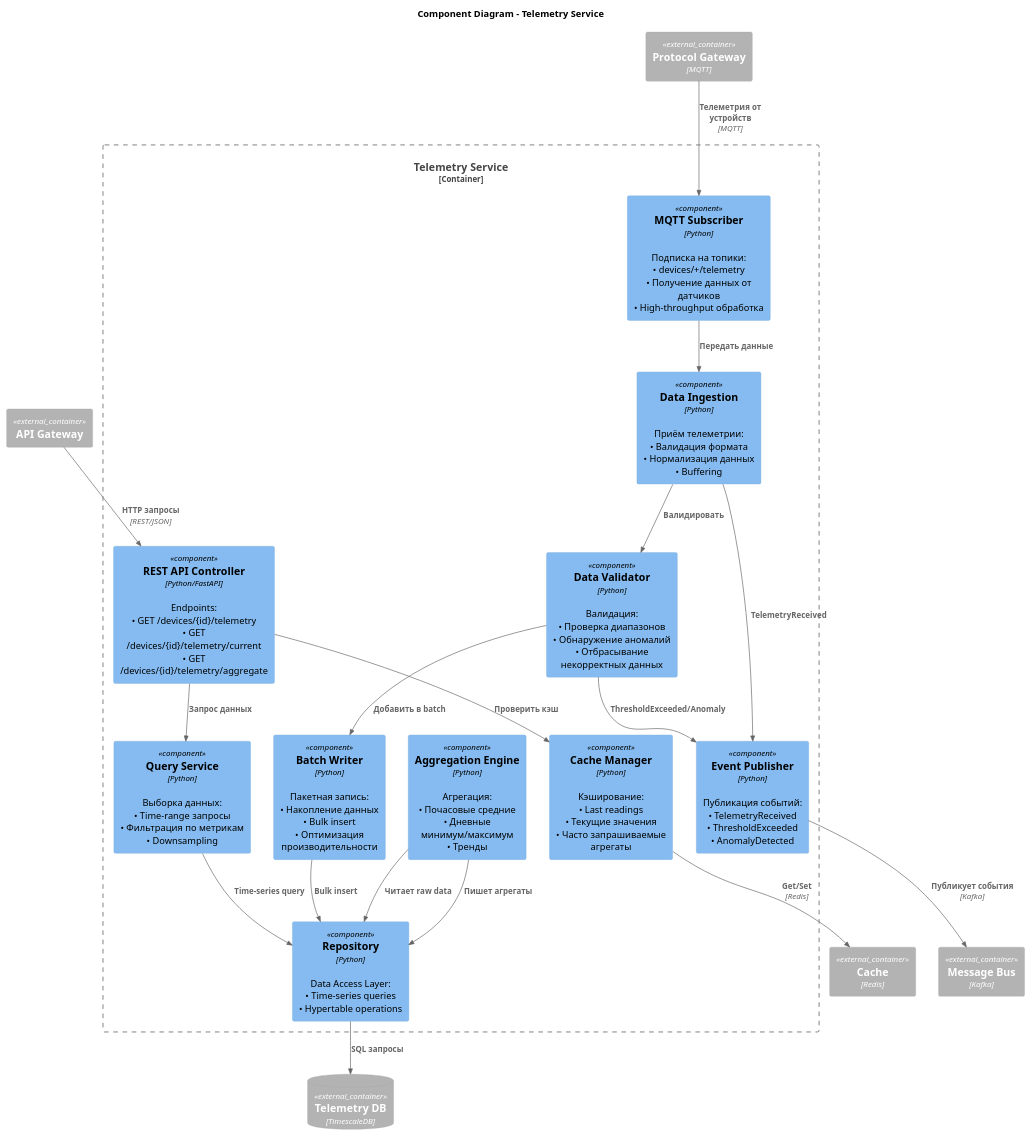
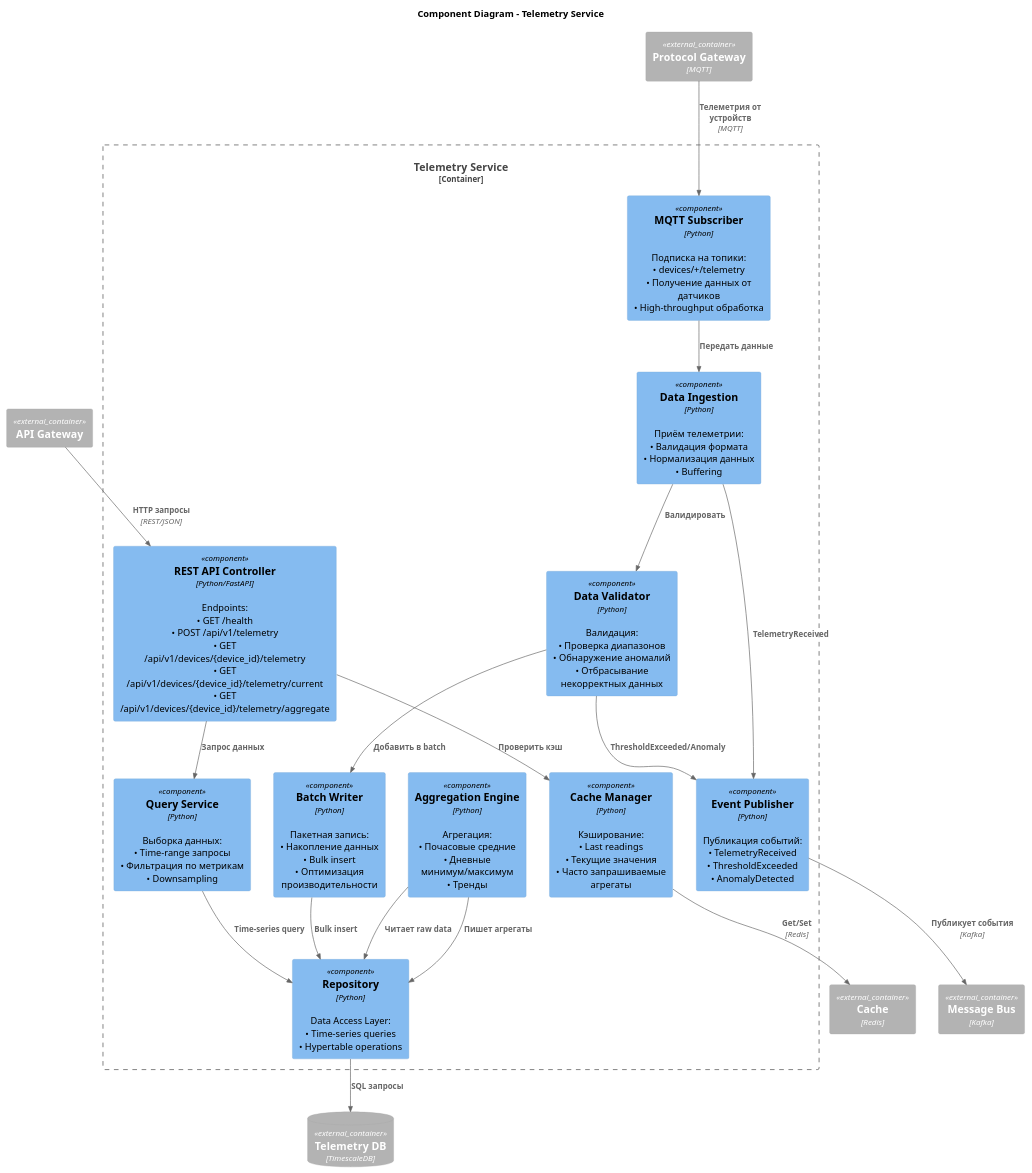
One commit to Vrg26/pro-warmhouse changed the diagram in schemas/to_be/telemetry-service-componetns.puml. Above: the diagram before and after it, drawn with PlantUML. The commit also changed 3 other files, not shown here.

Commit message:
fix componetnts diagrams

```diff
--- a/schemas/to_be/telemetry-service-componetns.puml
+++ b/schemas/to_be/telemetry-service-componetns.puml
@@ -1,58 +1,58 @@
 @startuml
 !includeurl ../C4-lib/c4_Component.puml
 
 
 title Component Diagram - Telemetry Service
 
 Container_Ext(apiGateway, "API Gateway")
 Container_Ext(protocolGateway, "Protocol Gateway", "MQTT", "")
 Container_Ext(messageBus, "Message Bus", "Kafka", "")
 Container_Ext(cache, "Cache", "Redis", "")
 ContainerDb_Ext(telemetryDb, "Telemetry DB", "TimescaleDB", "")
 
 Container_Boundary(telemetry, "Telemetry Service") {
     
-    Component(restApi, "REST API Controller", "Python/FastAPI", "Endpoints:\n• GET /devices/{id}/telemetry\n• GET /devices/{id}/telemetry/current\n• GET /devices/{id}/telemetry/aggregate")
+    Component(restApi, "REST API Controller", "Python/FastAPI", "Endpoints:\n• GET /health\n• POST /api/v1/telemetry\n• GET /api/v1/devices/{device_id}/telemetry\n• GET /api/v1/devices/{device_id}/telemetry/current\n• GET /api/v1/devices/{device_id}/telemetry/aggregate")
     
     Component(mqttSubscriber, "MQTT Subscriber", "Python", "Подписка на топики:\n• devices/+/telemetry\n• Получение данных от датчиков\n• High-throughput обработка")
     
     Component(dataIngestion, "Data Ingestion", "Python", "Приём телеметрии:\n• Валидация формата\n• Нормализация данных\n• Buffering")
     
     Component(dataValidator, "Data Validator", "Python", "Валидация:\n• Проверка диапазонов\n• Обнаружение аномалий\n• Отбрасывание некорректных данных")
     
     Component(batchWriter, "Batch Writer", "Python", "Пакетная запись:\n• Накопление данных\n• Bulk insert\n• Оптимизация производительности")
     
     Component(aggregationEngine, "Aggregation Engine", "Python", "Агрегация:\n• Почасовые средние\n• Дневные минимум/максимум\n• Тренды")
     
     Component(queryService, "Query Service", "Python", "Выборка данных:\n• Time-range запросы\n• Фильтрация по метрикам\n• Downsampling")
     
     Component(eventPublisher, "Event Publisher", "Python", "Публикация событий:\n• TelemetryReceived\n• ThresholdExceeded\n• AnomalyDetected")
     
     Component(cacheManager, "Cache Manager", "Python", "Кэширование:\n• Last readings\n• Текущие значения\n• Часто запрашиваемые агрегаты")
     
     Component(repository, "Repository", "Python", "Data Access Layer:\n• Time-series queries\n• Hypertable operations")
 }
 
 Rel(protocolGateway, mqttSubscriber, "Телеметрия от устройств", "MQTT")
 Rel(mqttSubscriber, dataIngestion, "Передать данные")
 Rel(dataIngestion, dataValidator, "Валидировать")
 Rel(dataValidator, batchWriter, "Добавить в batch")
 Rel(batchWriter, repository, "Bulk insert")
 Rel(dataIngestion, eventPublisher, "TelemetryReceived")
 
 Rel(apiGateway, restApi, "HTTP запросы", "REST/JSON")
 Rel(restApi, cacheManager, "Проверить кэш")
 Rel(cacheManager, cache, "Get/Set", "Redis")
 Rel(restApi, queryService, "Запрос данных")
 Rel(queryService, repository, "Time-series query")
 
 Rel(aggregationEngine, repository, "Читает raw data")
 Rel(aggregationEngine, repository, "Пишет агрегаты")
 
 Rel(dataValidator, eventPublisher, "ThresholdExceeded/Anomaly")
 
 Rel(repository, telemetryDb, "SQL запросы")
 
 Rel(eventPublisher, messageBus, "Публикует события", "Kafka")
 
 @enduml
```
